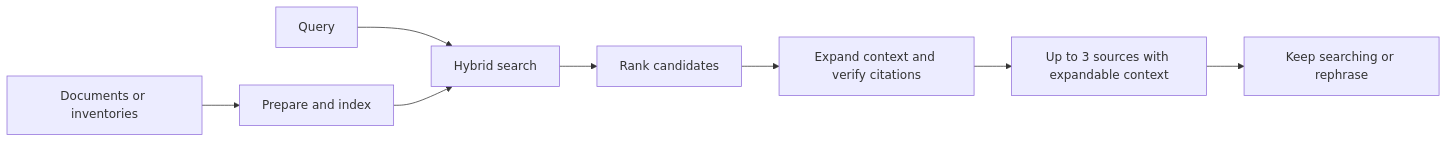
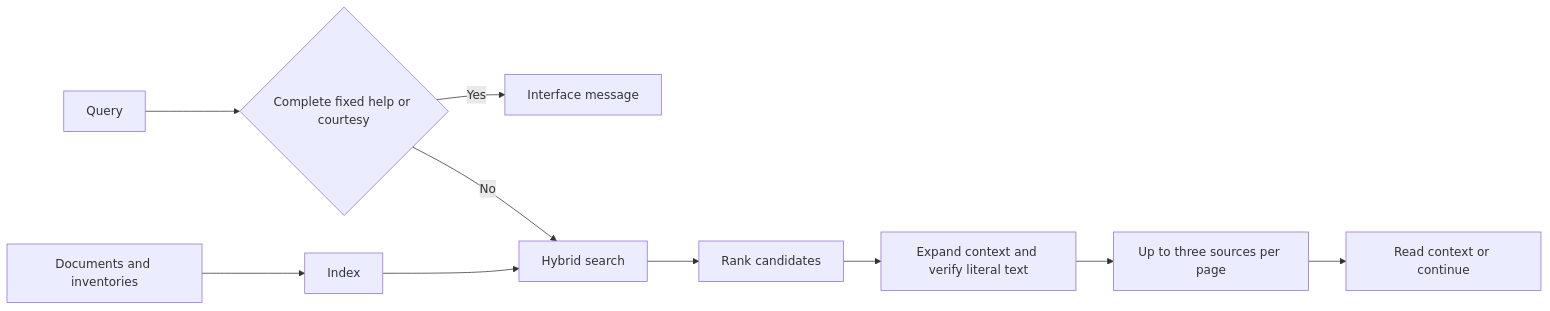
Before and after one commit to ClaudioH19/ipsis: the diagram in README.md, drawn with Mermaid. The commit also changed other lines of this file and 47 other files, not shown here.

Commit message:
release: prepare ipsis 1.0.0 with multilingual help and source-focused UI

````diff
--- a/README.md
+++ b/README.md
@@ -419,10 +123,12 @@
 ```mermaid
 flowchart LR
-    D[Documents or inventories] --> I[Prepare and index]
-    Q[Query] --> R[Hybrid search]
+    Q[Query] --> H{Complete fixed help or courtesy}
+    H -- Yes --> M[Interface message]
+    H -- No --> R[Hybrid search]
+    D[Documents and inventories] --> I[Index]
     I --> R
     R --> O[Rank candidates]
-    O --> C[Expand context and verify citations]
-    C --> V[Up to 3 sources with expandable context]
-    V --> S[Keep searching or rephrase]
+    O --> C[Expand context and verify literal text]
+    C --> V[Up to three sources per page]
+    V --> S[Read context or continue]
 ```
````
